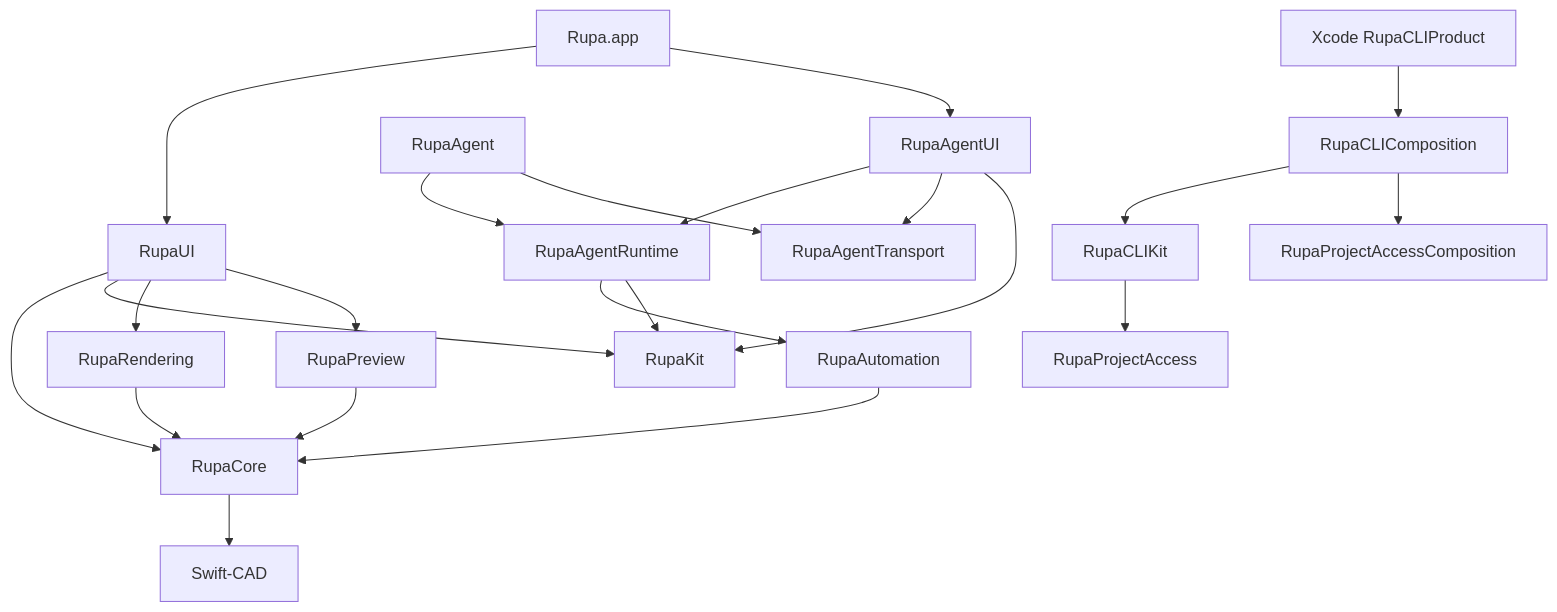
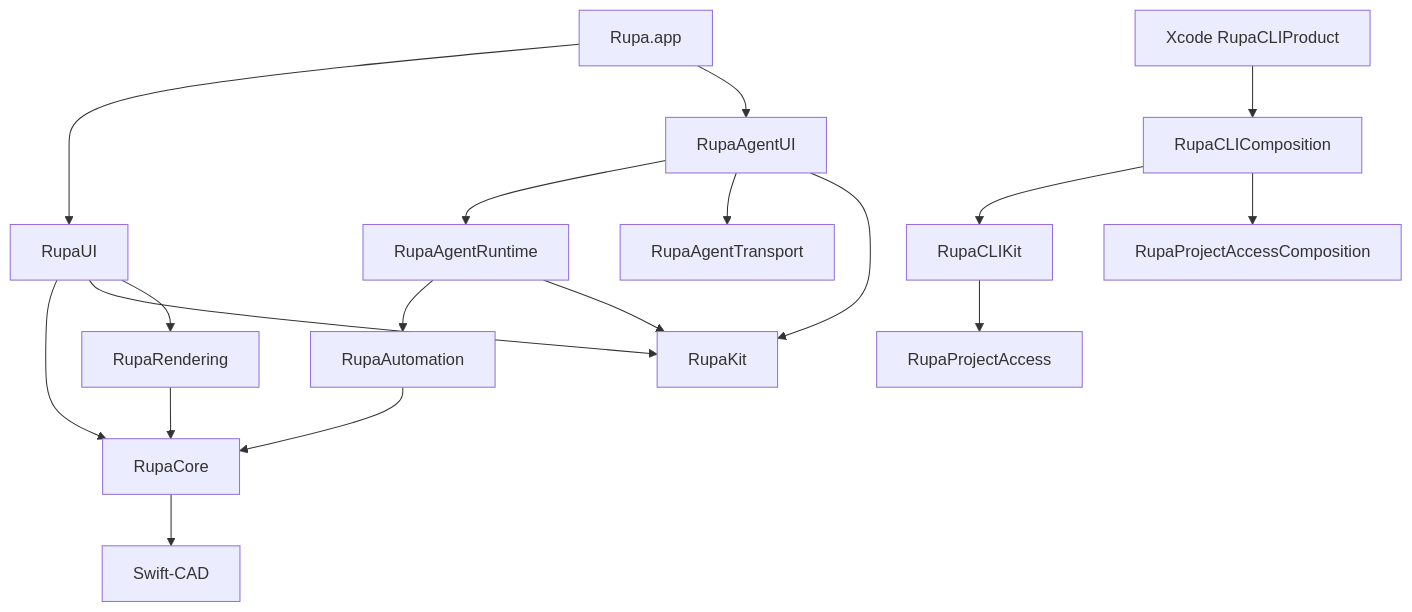
One commit to 1amageek/Rupa changed diagram 12 of 12 in Rupa/PHILOSOPHY.md. Above: the diagram before and after it, drawn with Mermaid. The commit also changed other lines of this file and 7 other files, not shown here.

Commit message:
Align remaining architecture references

````diff
--- a/Rupa/PHILOSOPHY.md
+++ b/Rupa/PHILOSOPHY.md
@@ -364,24 +359,20 @@
 ```mermaid
 flowchart TD
     App["Rupa.app"] --> UI["RupaUI"]
     App --> AgentUI["RupaAgentUI"]
     UI --> Core["RupaCore"]
     UI --> Kit["RupaKit"]
     UI --> Rendering["RupaRendering"]
-    UI --> Preview["RupaPreview"]
     AgentUI --> Runtime["RupaAgentRuntime"]
     AgentUI --> Transport["RupaAgentTransport"]
     AgentUI --> Kit
     Rendering --> Core
-    Preview --> Core
     Automation["RupaAutomation"] --> Core
     Runtime --> Automation
     Runtime --> Kit
-    Agent["RupaAgent"] --> Runtime
-    Agent --> Transport
     CLIProduct["Xcode RupaCLIProduct"] --> CLIComposition["RupaCLIComposition"]
     CLIComposition --> CLIKit["RupaCLIKit"]
     CLIComposition --> AccessComposition["RupaProjectAccessComposition"]
     CLIKit --> Access["RupaProjectAccess"]
     Core --> SwiftCAD["Swift-CAD"]
 ```
````
